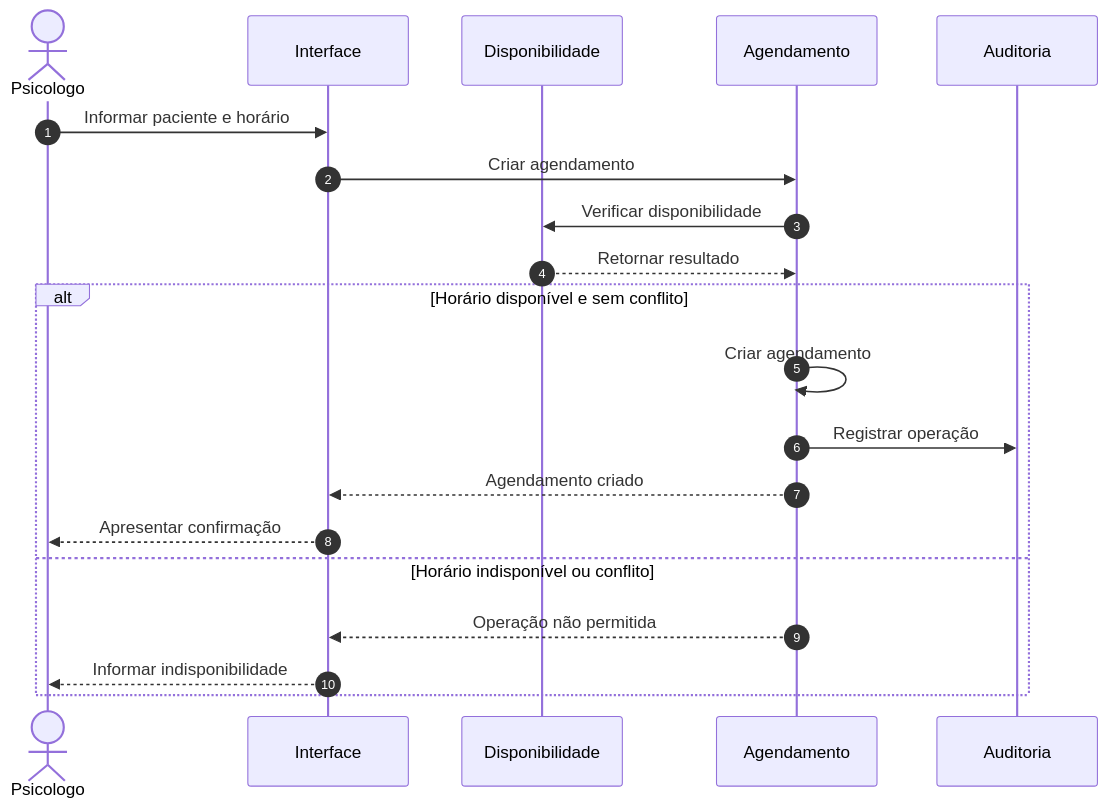
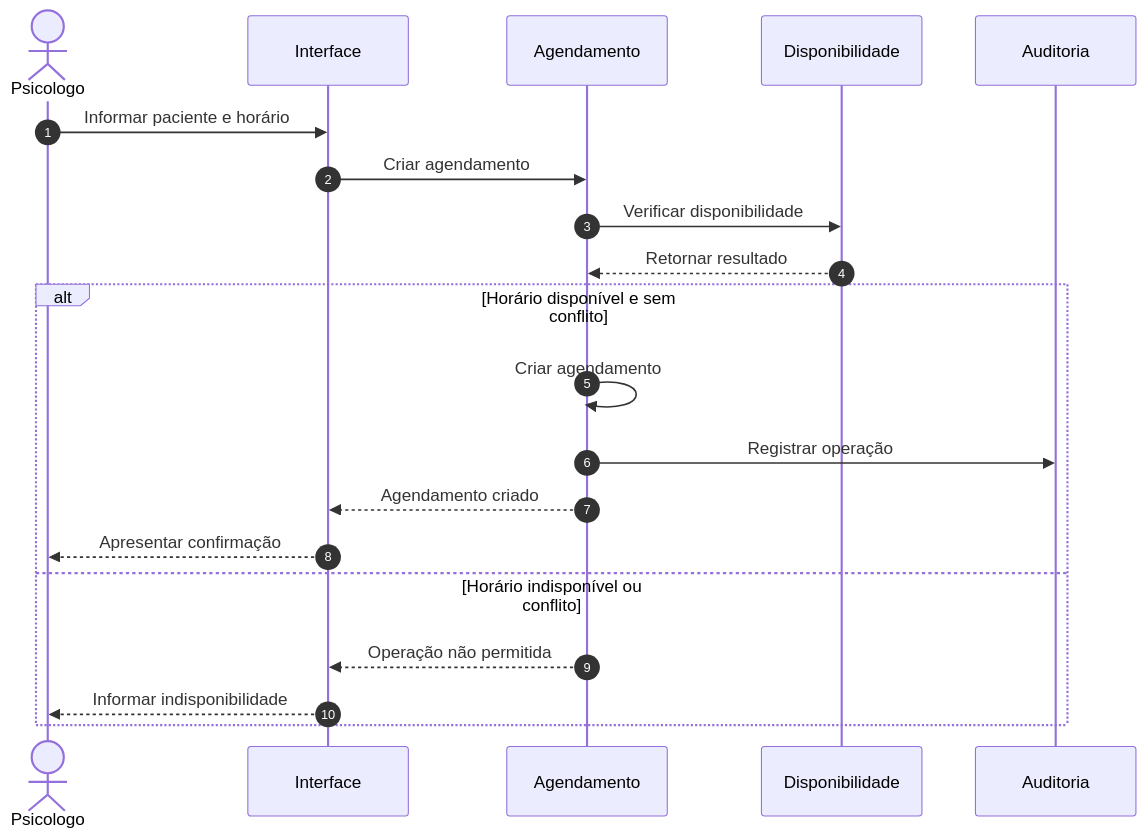
Before and after one commit to Icaro230307/AV3-PsiConnect: the fifth of 10 diagrams in README.md, drawn with Mermaid. The commit also changed other lines of this file, not shown here.

````diff
--- a/README.md
+++ b/README.md
@@ -243,24 +216,25 @@
 ```mermaid
 sequenceDiagram
     autonumber
+
     actor Psicologo
     participant Interface
+    participant Agendamento
     participant Disponibilidade
-    participant Agendamento
     participant Auditoria
 
     Psicologo->>Interface: Informar paciente e horário
     Interface->>Agendamento: Criar agendamento
     Agendamento->>Disponibilidade: Verificar disponibilidade
     Disponibilidade-->>Agendamento: Retornar resultado
 
     alt Horário disponível e sem conflito
         Agendamento->>Agendamento: Criar agendamento
         Agendamento->>Auditoria: Registrar operação
         Agendamento-->>Interface: Agendamento criado
         Interface-->>Psicologo: Apresentar confirmação
     else Horário indisponível ou conflito
         Agendamento-->>Interface: Operação não permitida
         Interface-->>Psicologo: Informar indisponibilidade
     end
 ```
````
